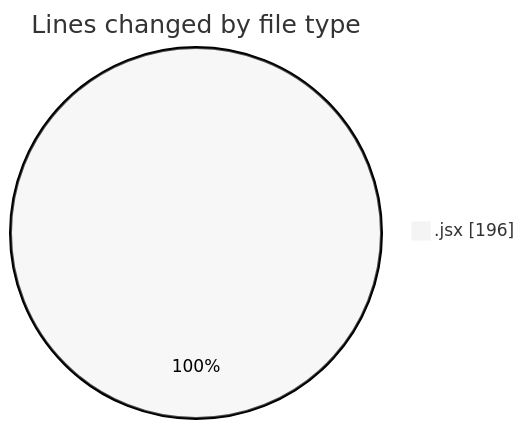
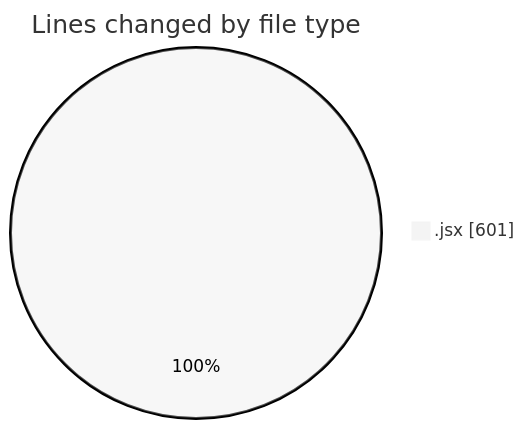
Before and after one commit to nxtqubesakshisongat/code-tracking: the first of 2 diagrams in 2025-06-30/argos/README.md, drawn with Mermaid (neutral theme). The commit also changed other lines of this file and 1 other file, not shown here.

````diff
--- a/2025-06-30/argos/README.md
+++ b/2025-06-30/argos/README.md
@@ -20,5 +21,5 @@
 ```mermaid
 pie showData
 title Lines changed by file type
-".jsx" : 196
+".jsx" : 601
 ```
````
